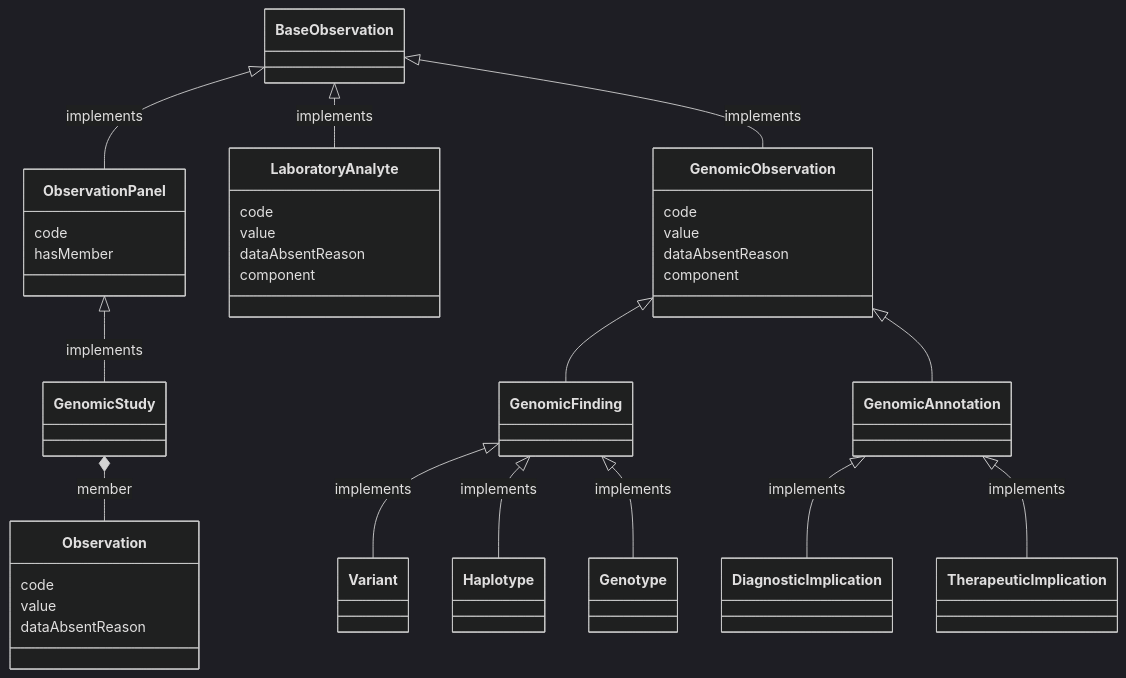
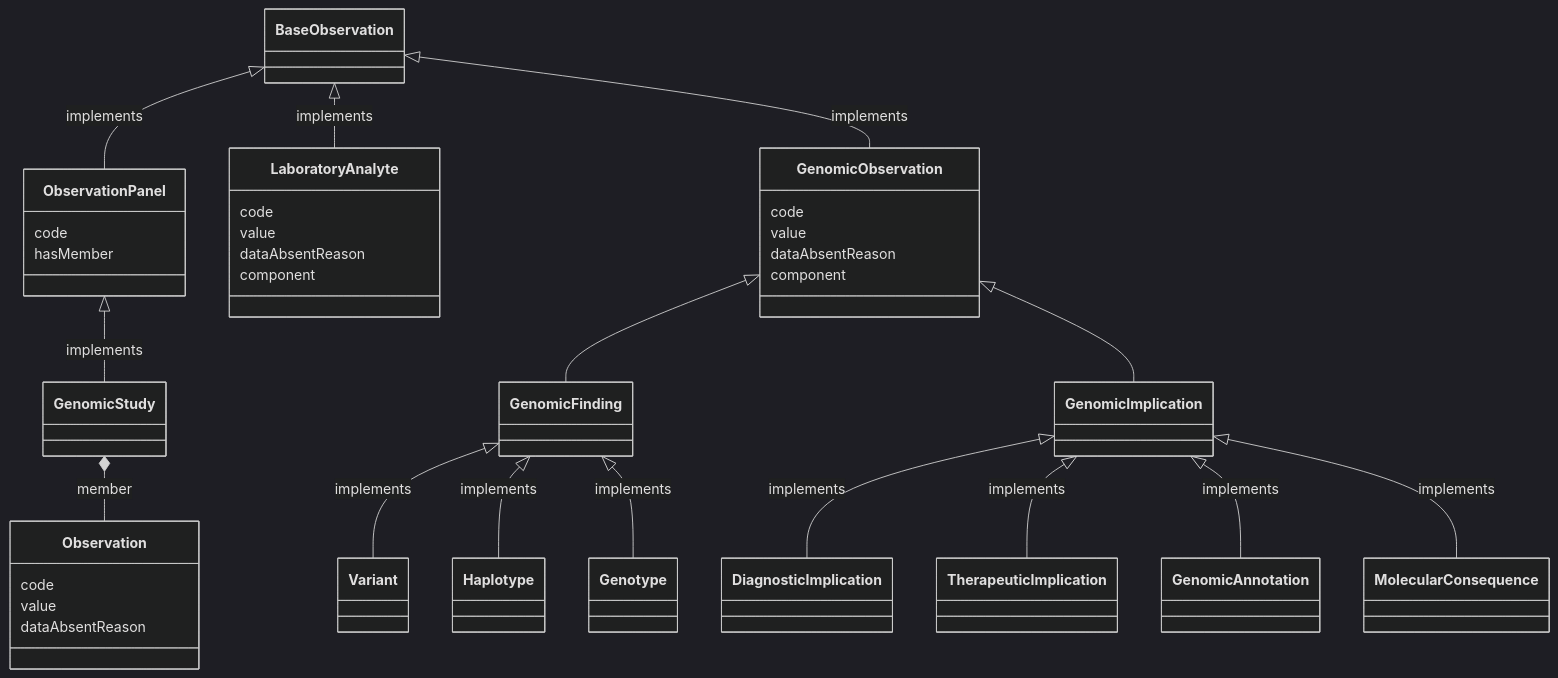
One commit to nw-gmsa/nw-gmsa.github.com changed the diagram in input/pagecontent/StructureDefinition-Observation-intro.md. Above: the diagram before and after it, drawn with Mermaid (dark theme). The commit also changed other lines of this file and 1 other file, not shown here.

````diff
--- a/input/pagecontent/StructureDefinition-Observation-intro.md
+++ b/input/pagecontent/StructureDefinition-Observation-intro.md
@@ -11,47 +11,49 @@
 ```mermaid
 classDiagram
 
 
 BaseObservation <|-- ObservationPanel : implements
 BaseObservation <|-- LaboratoryAnalyte : implements
 BaseObservation <|-- GenomicObservation : implements
 ObservationPanel <|-- GenomicStudy : implements
 
 GenomicObservation <|-- GenomicFinding 
-GenomicObservation <|-- GenomicAnnotation
+GenomicObservation <|-- GenomicImplication
 
 GenomicFinding <|-- Variant :implements
 GenomicFinding <|-- Haplotype :implements
 GenomicFinding <|-- Genotype :implements
 
-GenomicAnnotation <|-- DiagnosticImplication :implements
-GenomicAnnotation <|-- TherapeuticImplication :implements
+GenomicImplication <|-- DiagnosticImplication :implements
+GenomicImplication <|-- TherapeuticImplication :implements
+GenomicImplication <|-- GenomicAnnotation :implements
+GenomicImplication <|-- MolecularConsequence :implements
 
 GenomicStudy *-- Observation : member
 
 class ObservationPanel {
     code
     hasMember
 }
 
 class Observation {
     code
     value
     dataAbsentReason
 }
 
 class GenomicObservation {
     code
     value
     dataAbsentReason
     component
 }
 
 
 class LaboratoryAnalyte {
     code
     value
     dataAbsentReason
     component
 }
 ```
````
